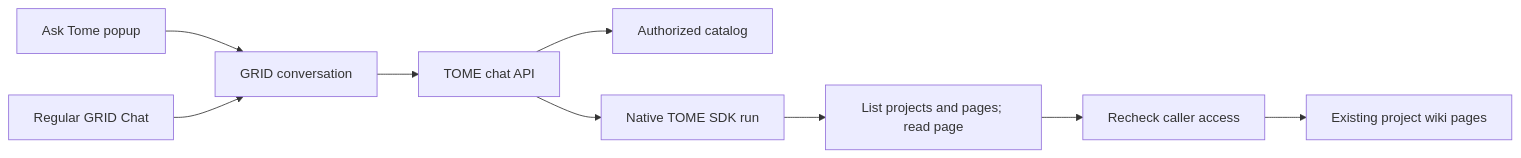
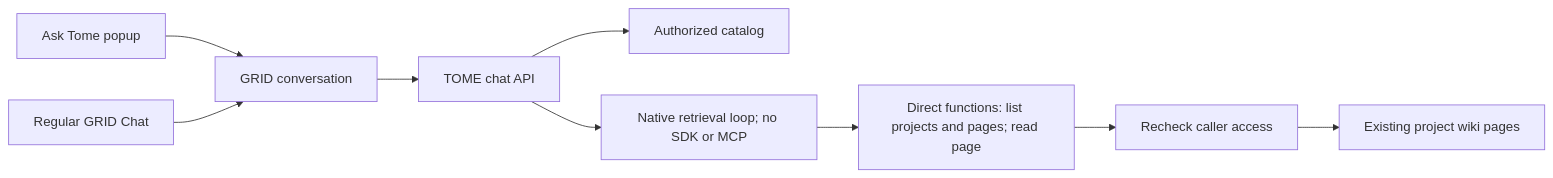
Before and after one commit to vaesposito/TOME-updatedUX: the diagram in docs/docs/architecture/tome-chat.md, drawn with Mermaid. The commit also changed other lines of this file and 13 other files, not shown here.

Commit message:
refactor(tome): isolate user retrieval without MCP

````diff
--- a/docs/docs/architecture/tome-chat.md
+++ b/docs/docs/architecture/tome-chat.md
@@ -19,11 +20,11 @@
 ```mermaid
 flowchart LR
     Popup[Ask Tome popup] --> Chat[GRID conversation]
     Regular[Regular GRID Chat] --> Chat
     Chat --> BFF[TOME chat API]
     BFF --> Catalog[Authorized catalog]
-    BFF --> SDK[Native TOME SDK run]
-    SDK --> Tools[List projects and pages; read page]
+    BFF --> Retrieval[Native retrieval loop; no SDK or MCP]
+    Retrieval --> Tools[Direct functions: list projects and pages; read page]
     Tools --> Access[Recheck caller access]
     Access --> Pages[Existing project wiki pages]
 ```
````
